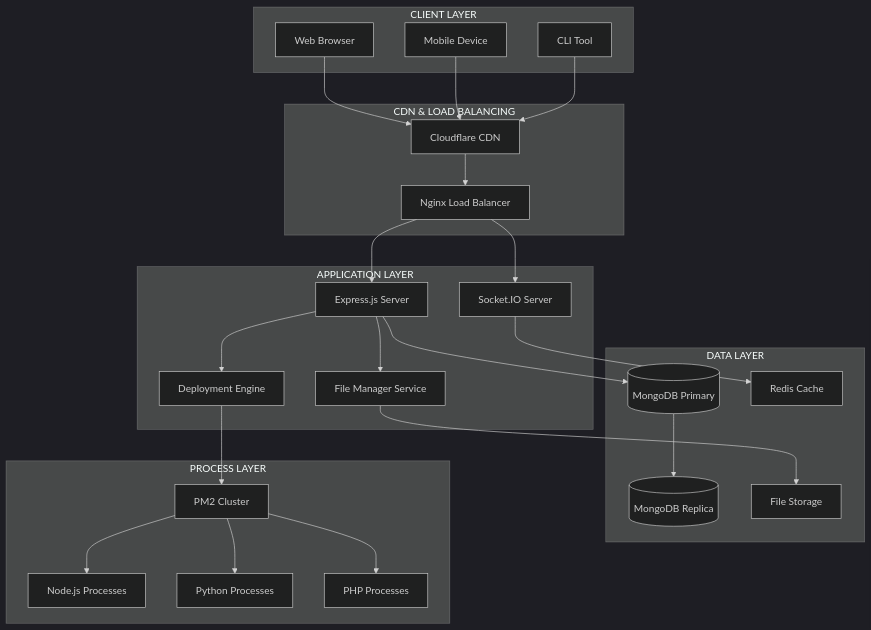
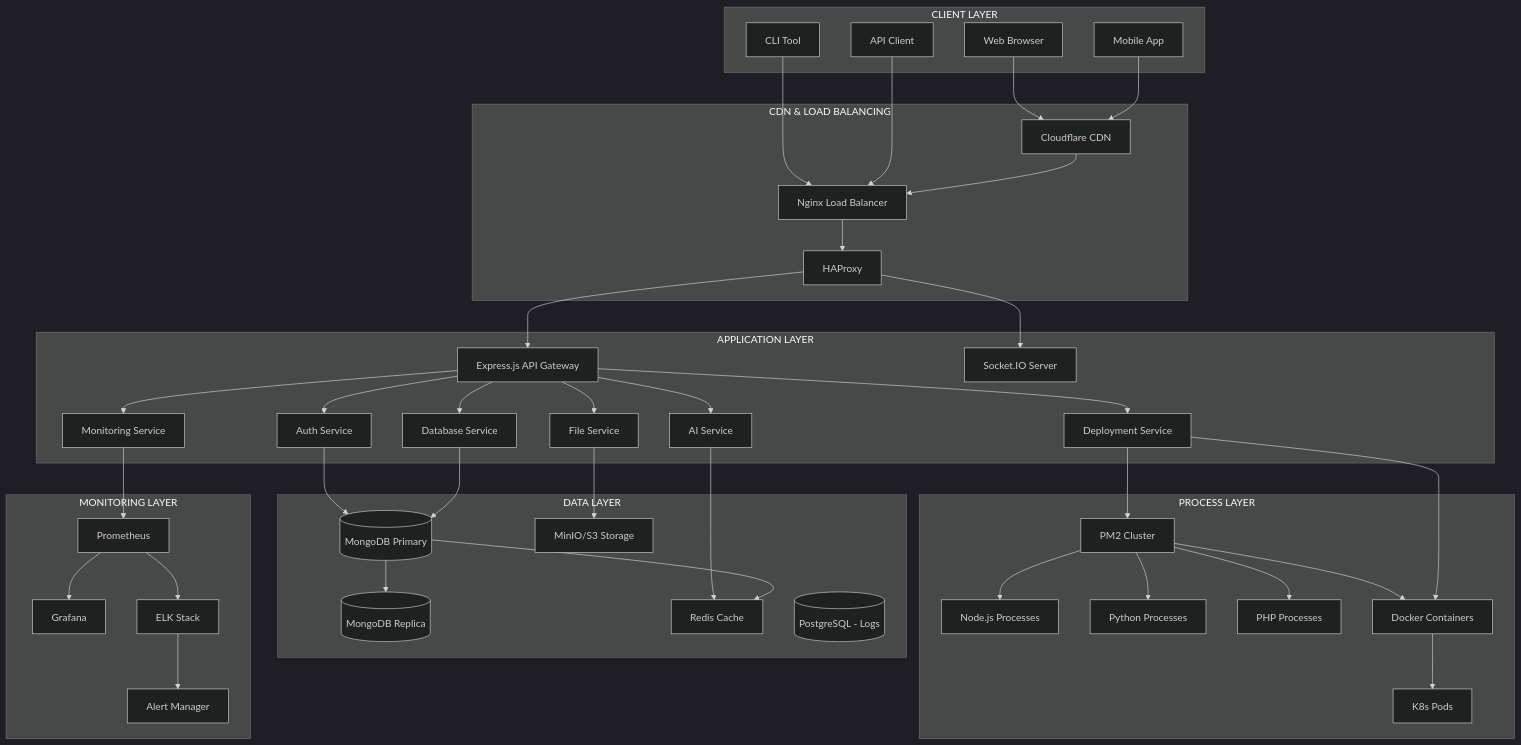
Before and after one commit to awaiscybergang/AWAIS-CYBER-VPS: the first of 3 diagrams in README.md, drawn with Mermaid (dark theme). The commit also changed other lines of this file, not shown here.

````diff
--- a/README.md
+++ b/README.md
@@ -309,50 +351,87 @@
 graph TB
     subgraph "CLIENT LAYER"
         A[Web Browser]
-        B[Mobile Device]
+        B[Mobile App]
         C[CLI Tool]
+        D[API Client]
     end
     
     subgraph "CDN & LOAD BALANCING"
-        D[Cloudflare CDN]
-        E[Nginx Load Balancer]
+        E[Cloudflare CDN]
+        F[Nginx Load Balancer]
+        G[HAProxy]
     end
     
     subgraph "APPLICATION LAYER"
-        F[Express.js Server]
-        G[Socket.IO Server]
-        H[File Manager Service]
-        I[Deployment Engine]
+        H[Express.js API Gateway]
+        I[Socket.IO Server]
+        J[Auth Service]
+        K[Deployment Service]
+        L[File Service]
+        M[Database Service]
+        N[Monitoring Service]
+        O[AI Service]
     end
     
     subgraph "DATA LAYER"
-        J[(MongoDB Primary)]
-        K[(MongoDB Replica)]
-        L[Redis Cache]
-        M[File Storage]
+        P[(MongoDB Primary)]
+        Q[(MongoDB Replica)]
+        R[Redis Cache]
+        S[MinIO/S3 Storage]
+        T[(PostgreSQL - Logs)]
     end
     
     subgraph "PROCESS LAYER"
-        N[PM2 Cluster]
-        O[Node.js Processes]
-        P[Python Processes]
-        Q[PHP Processes]
+        U[PM2 Cluster]
+        V[Node.js Processes]
+        W[Python Processes]
+        X[PHP Processes]
+        Y[Docker Containers]
+        Z[K8s Pods]
     end
     
-    A --> D
-    B --> D
-    C --> D
-    D --> E
+    subgraph "MONITORING LAYER"
+        AA[Prometheus]
+        AB[Grafana]
+        AC[ELK Stack]
+        AD[Alert Manager]
+    end
+    
+    A --> E
+    B --> E
+    C --> F
+    D --> F
+    
     E --> F
-    E --> G
-    F --> H
-    F --> I
-    F --> J
-    G --> L
+    F --> G
+    G --> H
+    G --> I
+    
+    H --> J
+    H --> K
+    H --> L
     H --> M
-    I --> N
-    N --> O
-    N --> P
-    N --> Q
-    J --> K
+    H --> N
+    H --> O
+    
+    J --> P
+    K --> U
+    L --> S
+    M --> P
+    N --> AA
+    O --> R
+    
+    U --> V
+    U --> W
+    U --> X
+    U --> Y
+    Y --> Z
+    
+    P --> Q
+    P --> R
+    K --> Y
+    
+    AA --> AB
+    AA --> AC
+    AC --> AD
 ```
````
